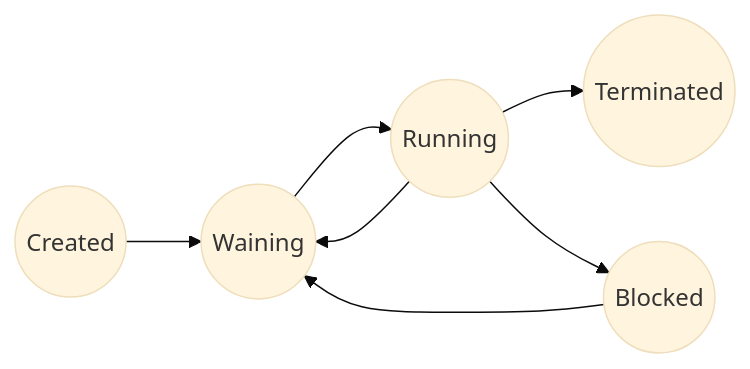
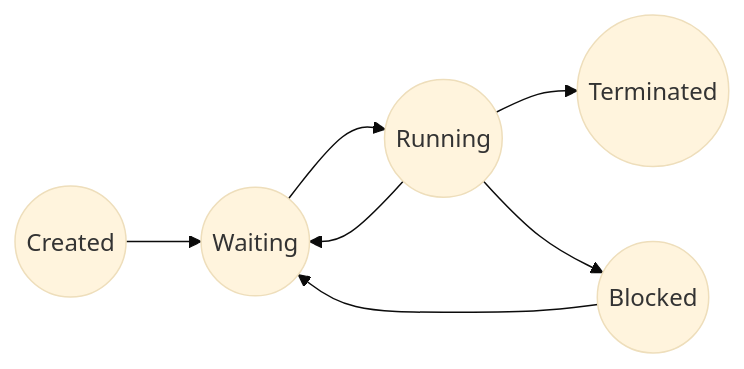
One commit to jsanvil/som24 changed the second of 2 diagrams in docs/unit01.md. Above: the diagram before and after it, drawn with Mermaid (base theme). The commit also changed other lines of this file, not shown here.

````diff
--- a/docs/unit01.md
+++ b/docs/unit01.md
@@ -374,9 +374,9 @@
 ```mermaid
 flowchart LR
-    C((Created)) --> W((Waining))
+    C((Created)) --> W((Waiting))
     W --> R((Running))
     R --> W
     R --> T((Terminated))
     R --> B((Blocked))
     B --> W
 ```
````
